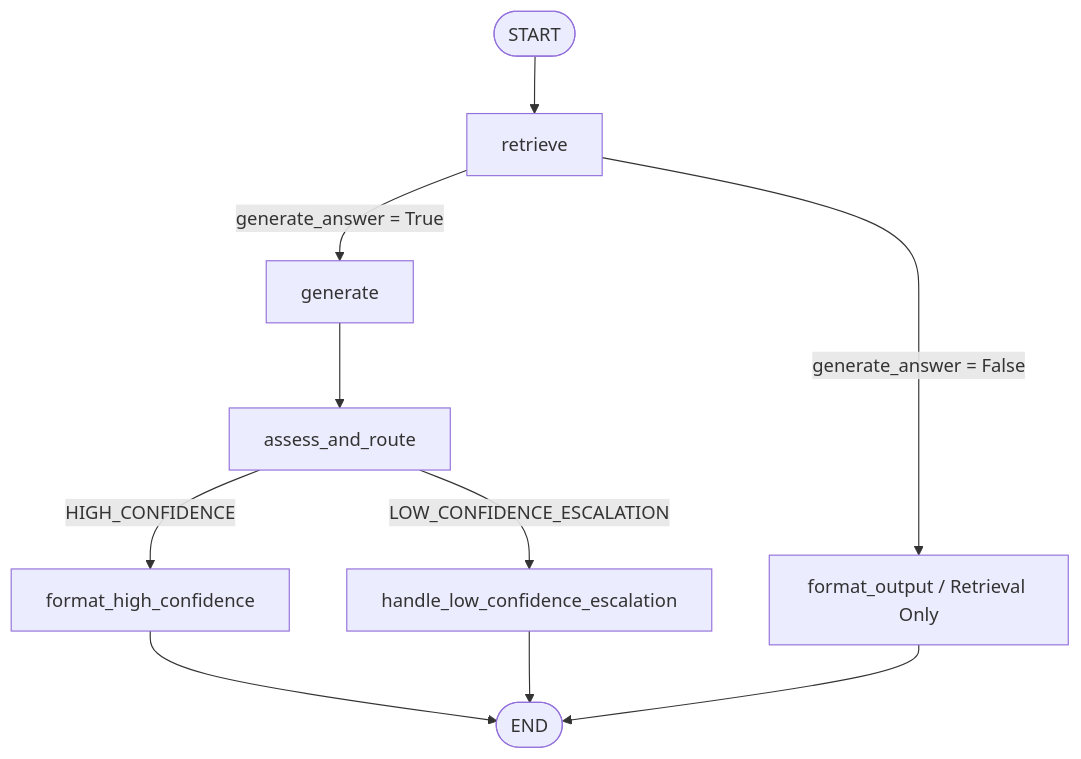
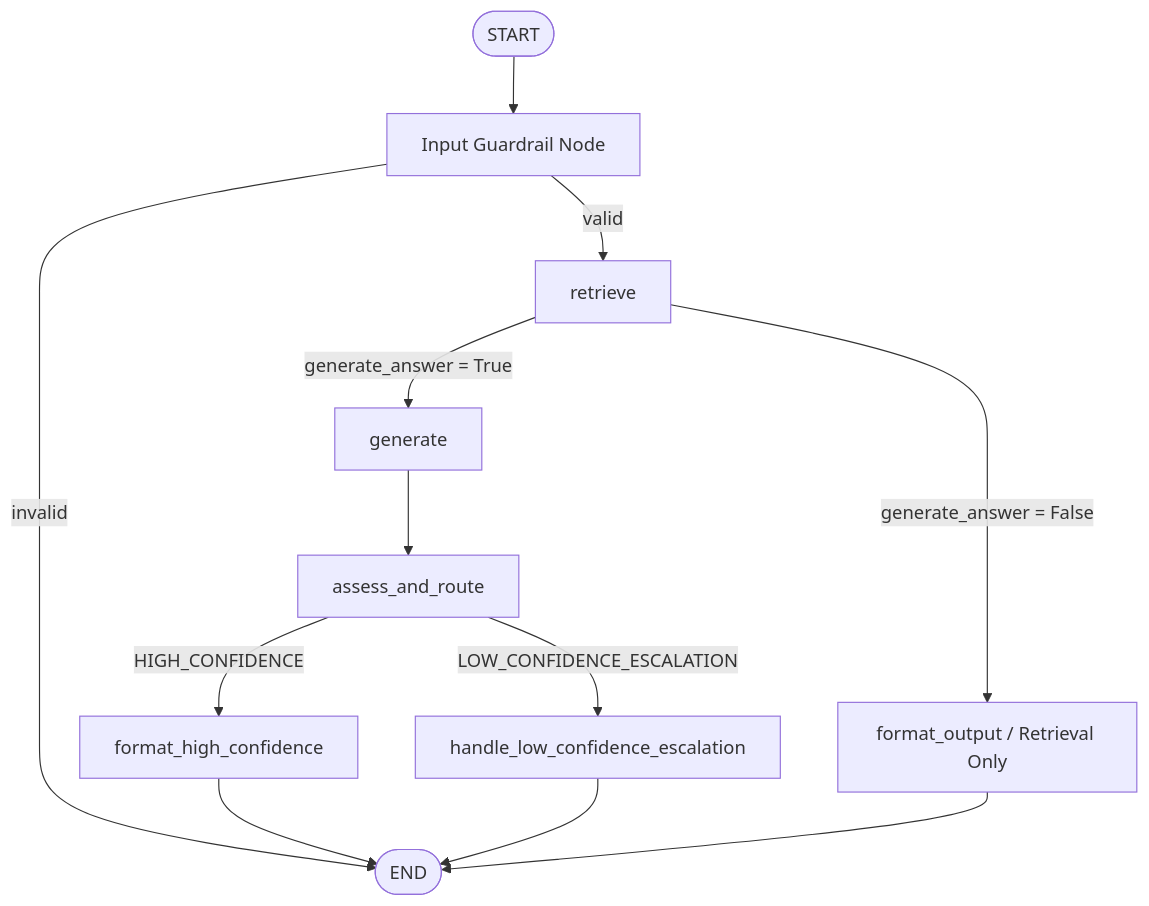
The diagram in README.md (ivanbbctba/frontline-clinical-rag), drawn with Mermaid before and after one commit. The commit also changed other lines of this file and 1 other file, not shown here.

First line of the commit message:
docs: update README and safety layer docs for ADR-008 input guardrail and routing changes

````diff
--- a/README.md
+++ b/README.md
@@ -72,16 +72,19 @@
 ```mermaid
 flowchart TD
-    START([START]) --> retrieve[retrieve]
+    START([START]) --> input_guardrail[Input Guardrail Node]
+    
+    input_guardrail -->|valid| retrieve[retrieve]
+    input_guardrail -->|invalid| END([INVALID INPUT])
     
     retrieve -->|generate_answer = True| generate[generate]
     retrieve -->|generate_answer = False| format_output[format_output / Retrieval Only]
     
     generate --> assess_and_route[assess_and_route]
     
     assess_and_route -->|HIGH_CONFIDENCE| format_high_confidence[format_high_confidence]
     assess_and_route -->|LOW_CONFIDENCE_ESCALATION| handle_low_confidence[handle_low_confidence_escalation]
     
     format_high_confidence --> END([END])
     handle_low_confidence --> END
     format_output --> END
 ```
````
